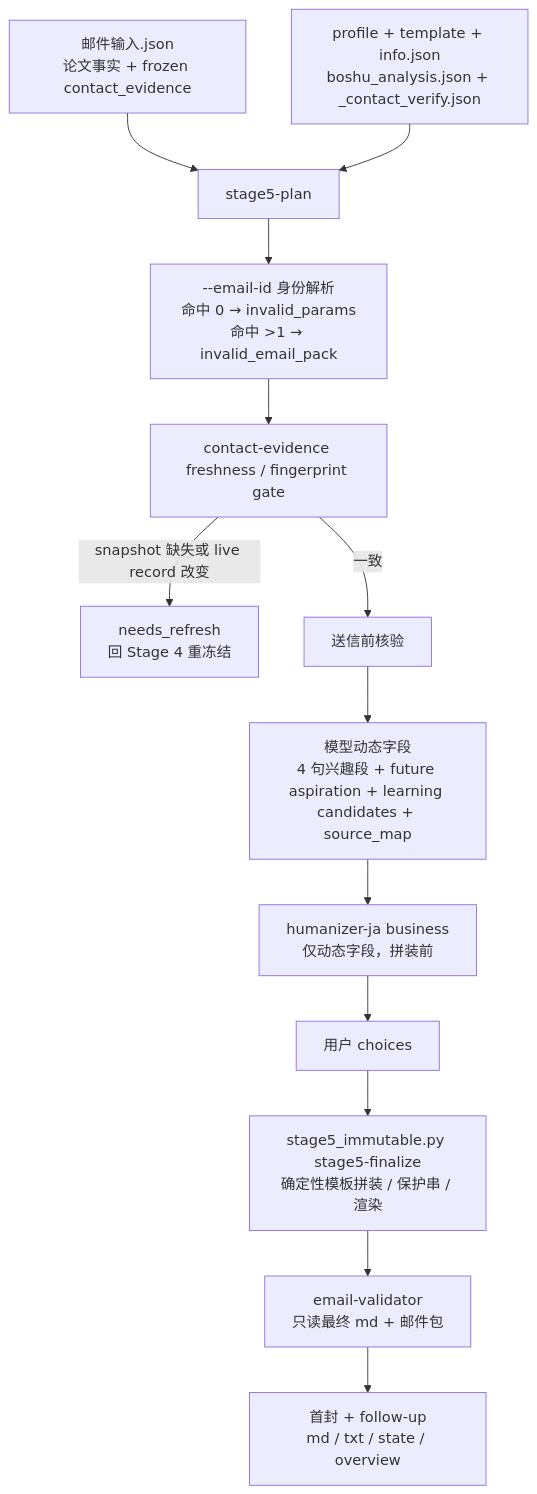
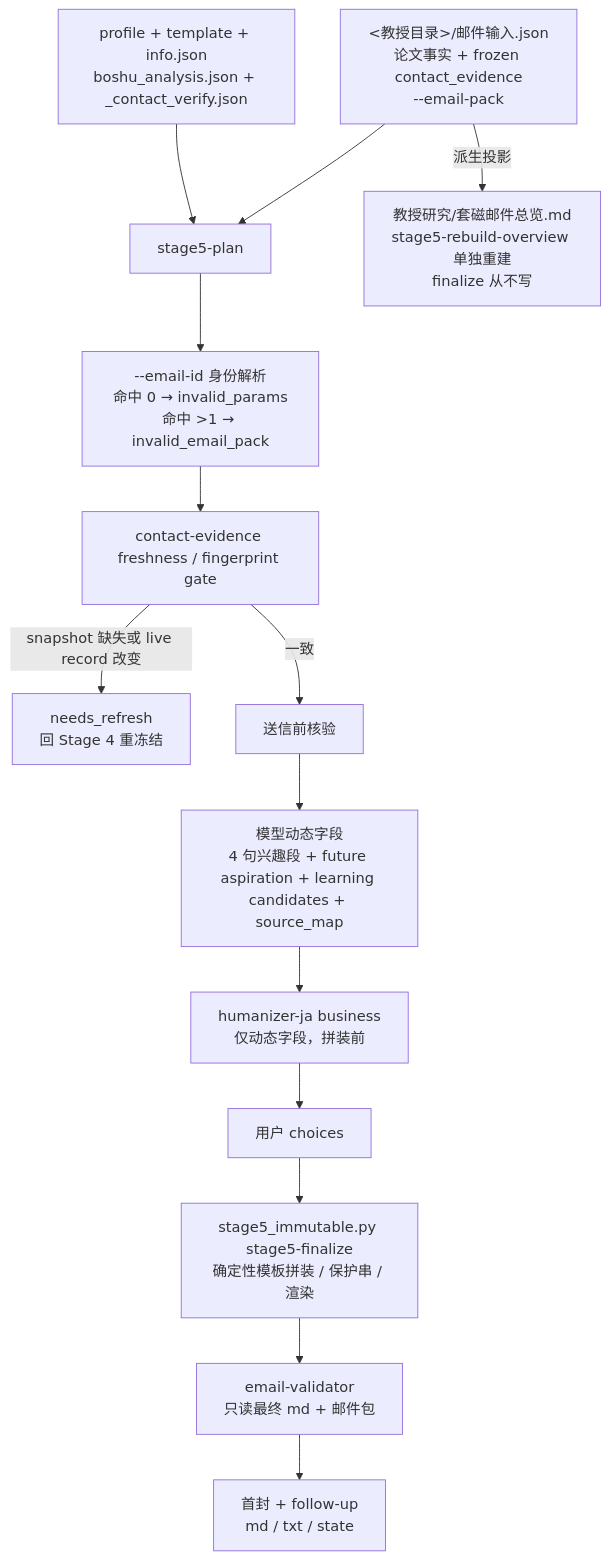
Before and after one commit to ScholarWorkflow/professor-contact: the seventh of 10 diagrams in .apm/skills/professor-contact/docs/workflow-reference.md, drawn with Mermaid. The commit also changed other lines of this file and 9 other files, not shown here.

````diff
--- a/.apm/skills/professor-contact/docs/workflow-reference.md
+++ b/.apm/skills/professor-contact/docs/workflow-reference.md
@@ -249,23 +251,25 @@
 ```mermaid
 flowchart TD
-    MAIL["邮件输入.json<br/>论文事实 + frozen contact_evidence"]
+    MAIL["<教授目录>/邮件输入.json<br/>论文事实 + frozen contact_evidence<br/>--email-pack"]
     EXTRA["profile + template + info.json<br/>boshu_analysis.json + _contact_verify.json"]
     PLAN["stage5-plan"]
     SCOPE["--email-id 身份解析<br/>命中 0 → invalid_params<br/>命中 >1 → invalid_email_pack"]
     CE["contact-evidence freshness / fingerprint gate"]
     REFRESH["needs_refresh<br/>回 Stage 4 重冻结"]
     VERIFY["送信前核验"]
     MODEL["模型动态字段<br/>4 句兴趣段 + future aspiration + learning candidates + source_map"]
     HUM["humanizer-ja business<br/>仅动态字段，拼装前"]
     CHOICE["用户 choices"]
     ASM["stage5_immutable.py stage5-finalize<br/>确定性模板拼装 / 保护串 / 渲染"]
     VAL["email-validator<br/>只读最终 md + 邮件包"]
-    OUT["首封 + follow-up<br/>md / txt / state / overview"]
+    OUT["首封 + follow-up<br/>md / txt / state"]
+    OV["教授研究/套磁邮件总览.md<br/>stage5-rebuild-overview 单独重建<br/>finalize 从不写"]
 
     MAIL --> PLAN
     EXTRA --> PLAN
+    MAIL -->|"派生投影"| OV
     PLAN --> SCOPE
     SCOPE --> CE
     CE -->|"snapshot 缺失或 live record 改变"| REFRESH
     CE -->|"一致"| VERIFY --> MODEL --> HUM --> CHOICE --> ASM --> VAL --> OUT
 ```
````
